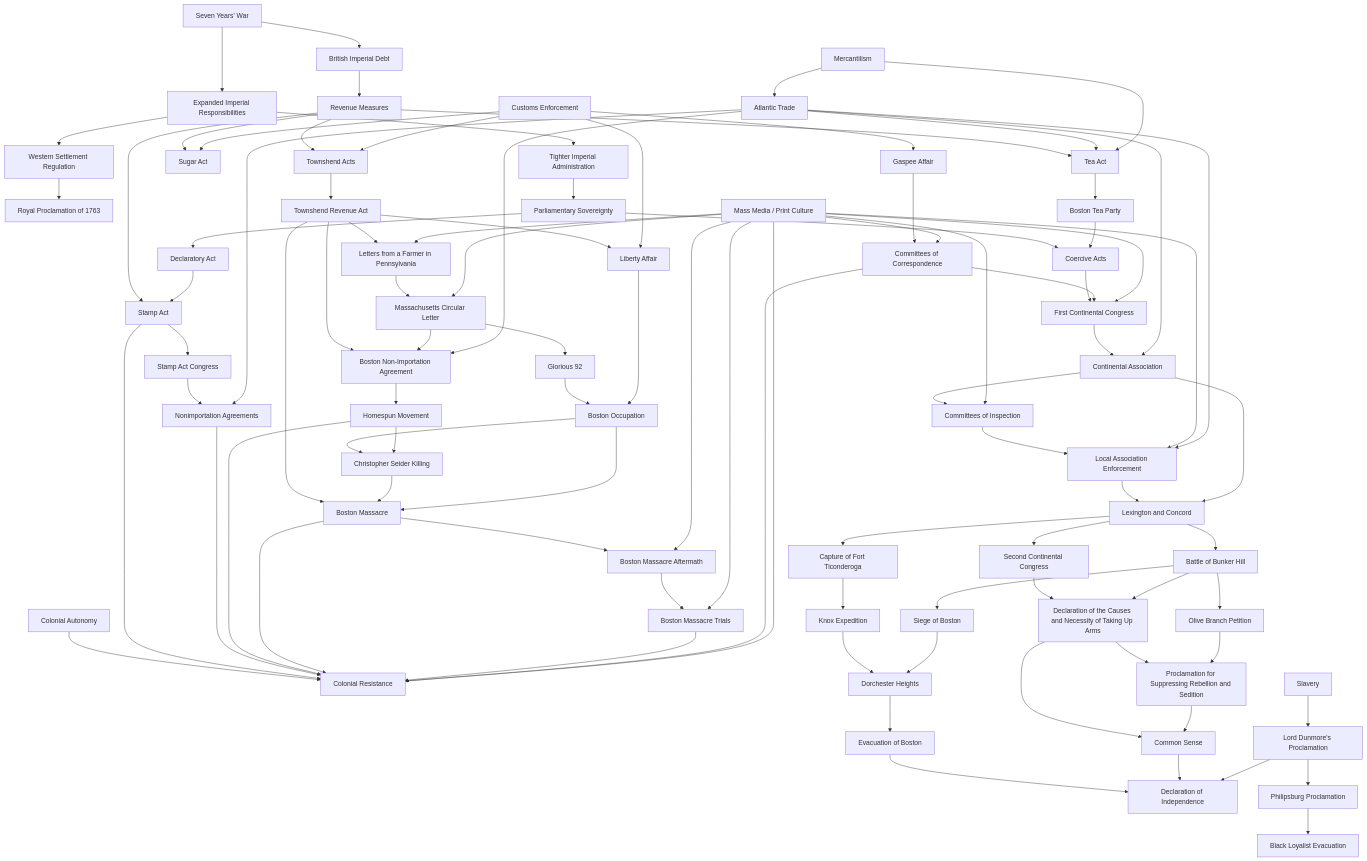
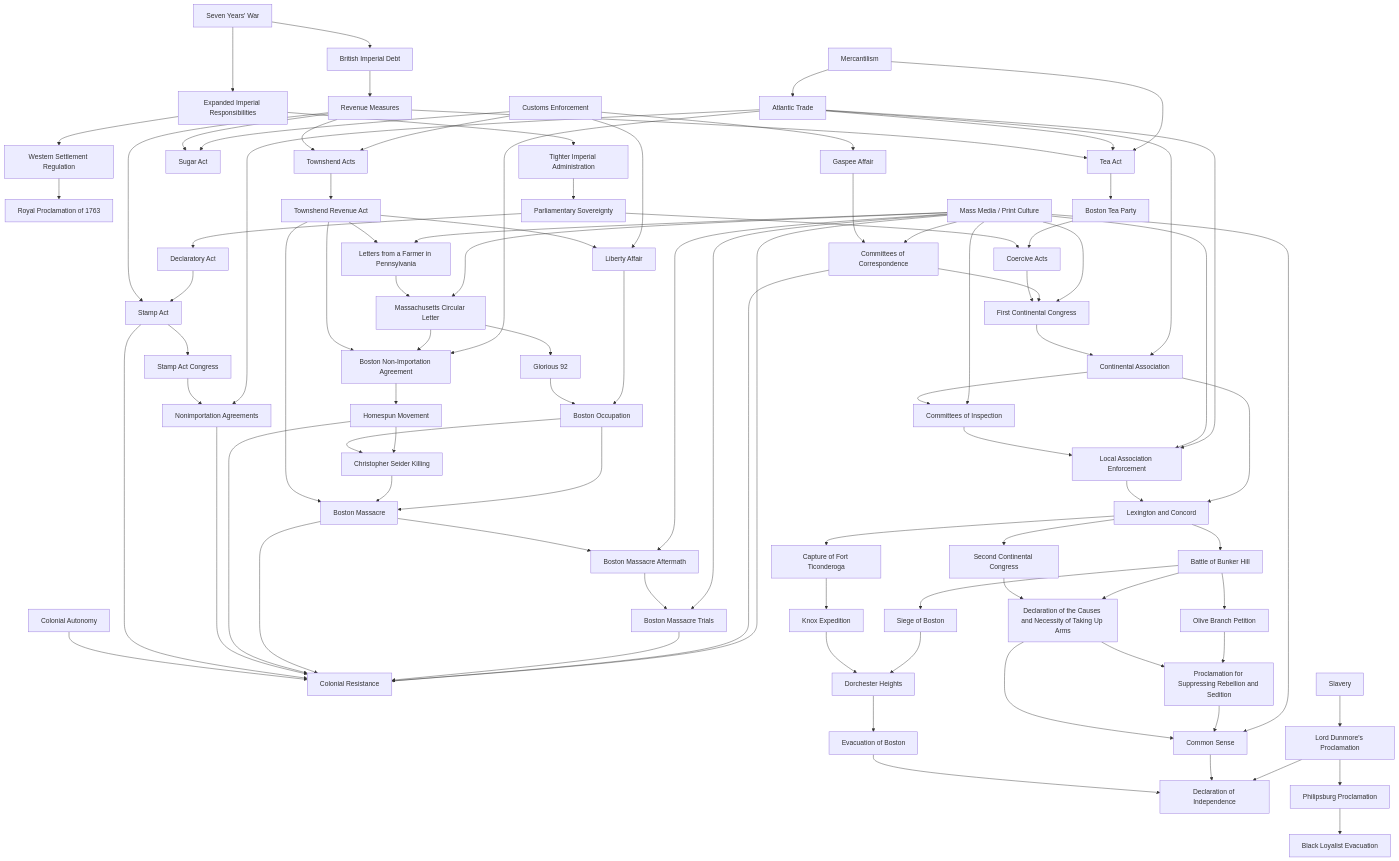
One commit to mattblethen/Causal-Atlas changed the diagram in 09_Maps_Models/Pressure_Maps/American Revolution Pressure Map.md. Above: the diagram before and after it, drawn with Mermaid. The commit also changed other lines of this file and 32 other files, not shown here.

```diff
--- a/09_Maps_Models/Pressure_Maps/American Revolution Pressure Map.md
+++ b/09_Maps_Models/Pressure_Maps/American Revolution Pressure Map.md
@@ -104,6 +107,7 @@
     V --> Y["Proclamation for Suppressing Rebellion and Sedition"]
     VE --> W["Common Sense"]
     Y --> W["Common Sense"]
+    R["Mass Media / Print Culture"] --> W
     X --> AH["Siege of Boston"]
     AL --> AM["Dorchester Heights"]
     AH --> AM
```
